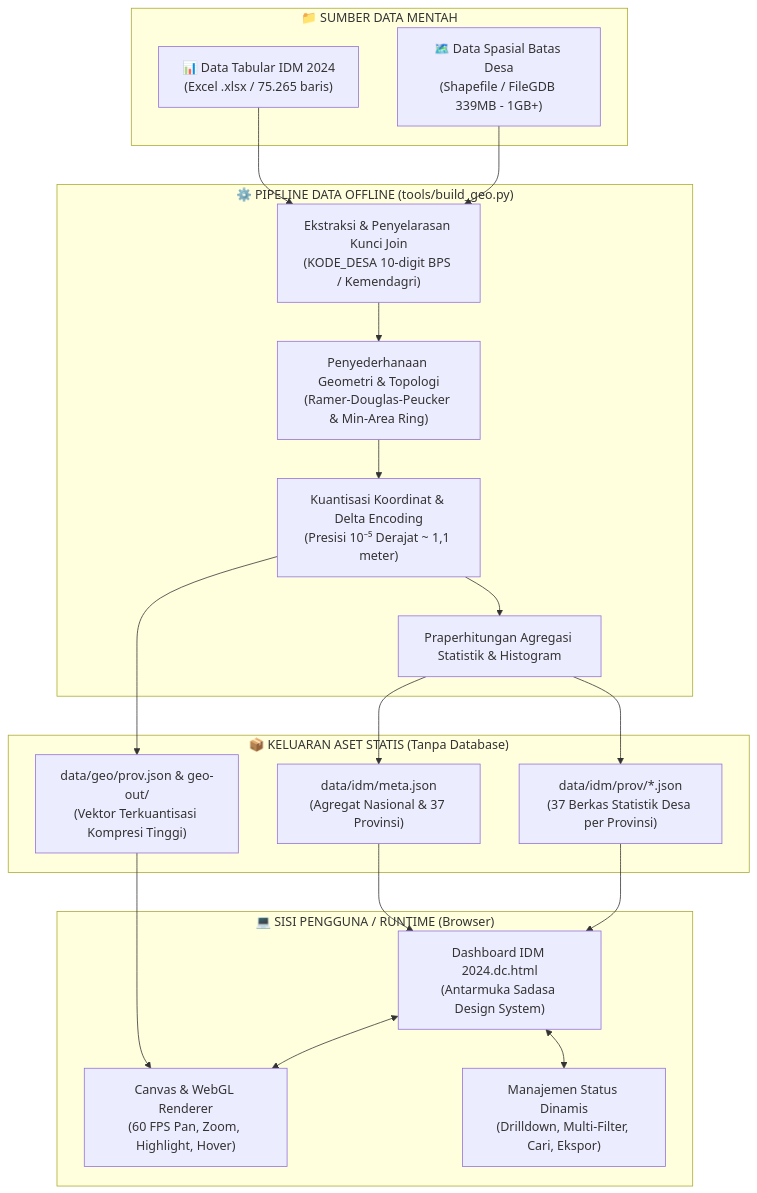
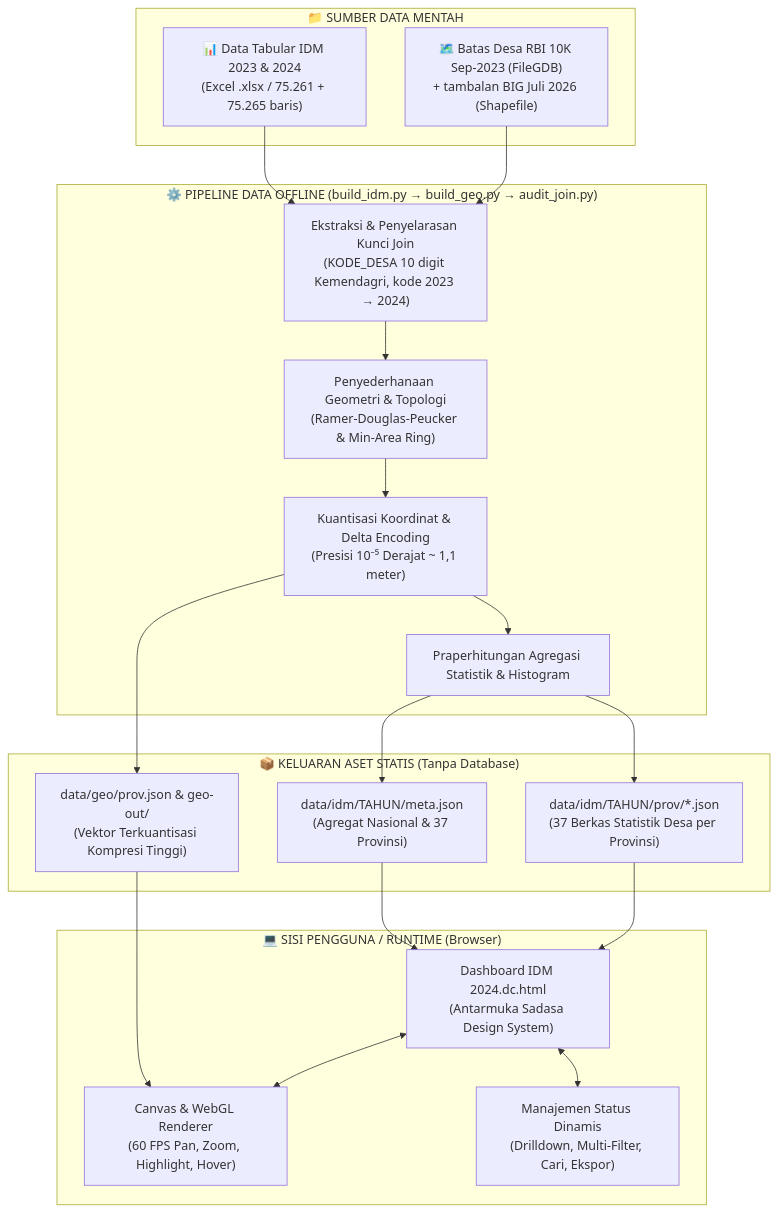
One commit to kristonova/Visualisasi-Indeks-Desa-Membangun--IDM--2024 changed the diagram in README.md. Above: the diagram before and after it, drawn with Mermaid. The commit also changed other lines of this file and 94 other files, not shown here.

Commit message:
add idm data 2023 second part

````diff
--- a/README.md
+++ b/README.md
@@ -125,38 +148,38 @@
 ```mermaid
 flowchart TD
     subgraph DataSources["📁 SUMBER DATA MENTAH"]
-        A1["📊 Data Tabular IDM 2024<br/>(Excel .xlsx / 75.265 baris)"]
-        A2["🗺️ Data Spasial Batas Desa<br/>(Shapefile / FileGDB 339MB - 1GB+)"]
+        A1["📊 Data Tabular IDM 2023 & 2024<br/>(Excel .xlsx / 75.261 + 75.265 baris)"]
+        A2["🗺️ Batas Desa RBI 10K Sep-2023 (FileGDB)<br/>+ tambalan BIG Juli 2026 (Shapefile)"]
     end
 
-    subgraph Pipeline["⚙️ PIPELINE DATA OFFLINE (tools/build_geo.py)"]
-        B1["Ekstraksi & Penyelarasan Kunci Join<br/>(KODE_DESA 10-digit BPS / Kemendagri)"]
+    subgraph Pipeline["⚙️ PIPELINE DATA OFFLINE (build_idm.py → build_geo.py → audit_join.py)"]
+        B1["Ekstraksi & Penyelarasan Kunci Join<br/>(KODE_DESA 10 digit Kemendagri, kode 2023 → 2024)"]
         B2["Penyederhanaan Geometri & Topologi<br/>(Ramer-Douglas-Peucker & Min-Area Ring)"]
         B3["Kuantisasi Koordinat & Delta Encoding<br/>(Presisi 10⁻⁵ Derajat ~ 1,1 meter)"]
         B4["Praperhitungan Agregasi Statistik & Histogram"]
     end
 
     subgraph StaticAssets["📦 KELUARAN ASET STATIS (Tanpa Database)"]
-        C1["data/idm/meta.json<br/>(Agregat Nasional & 37 Provinsi)"]
-        C2["data/idm/prov/*.json<br/>(37 Berkas Statistik Desa per Provinsi)"]
+        C1["data/idm/TAHUN/meta.json<br/>(Agregat Nasional & 37 Provinsi)"]
+        C2["data/idm/TAHUN/prov/*.json<br/>(37 Berkas Statistik Desa per Provinsi)"]
         C3["data/geo/prov.json & geo-out/<br/>(Vektor Terkuantisasi Kompresi Tinggi)"]
     end
 
     subgraph ClientRuntime["💻 SISI PENGGUNA / RUNTIME (Browser)"]
         D1["Dashboard IDM 2024.dc.html<br/>(Antarmuka Sadasa Design System)"]
         D2["Canvas & WebGL Renderer<br/>(60 FPS Pan, Zoom, Highlight, Hover)"]
         D3["Manajemen Status Dinamis<br/>(Drilldown, Multi-Filter, Cari, Ekspor)"]
     end
 
     A1 --> B1
     A2 --> B1
     B1 --> B2 --> B3 --> B4
     B4 --> C1
     B4 --> C2
     B3 --> C3
     C1 --> D1
     C2 --> D1
     C3 --> D2
     D1 <--> D2
     D1 <--> D3
 ```
````
